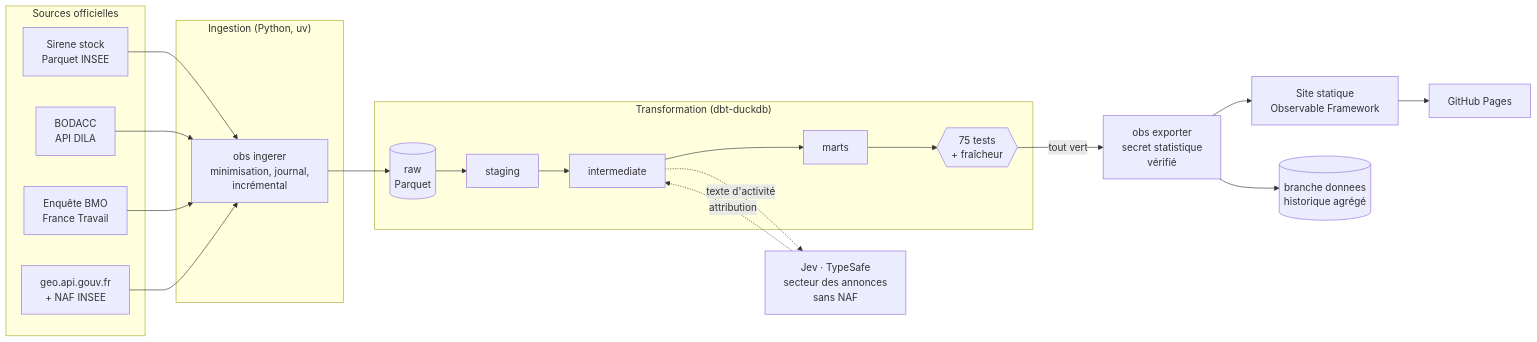
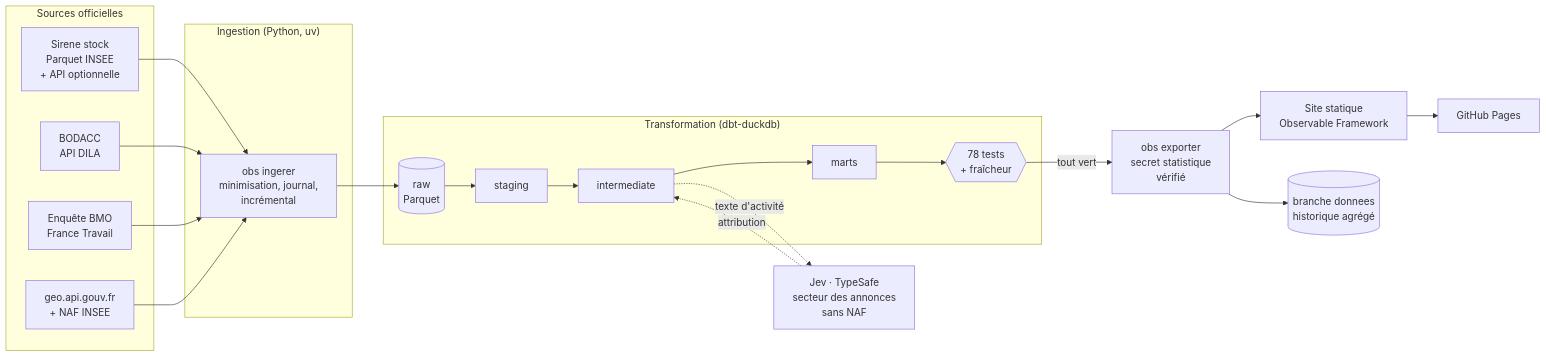
One commit to Alex6460064/observatoire-economique-pays-basque changed the diagram in README.md. Above: the diagram before and after it, drawn with Mermaid. The commit also changed other lines of this file and 12 other files, not shown here.

First line of the commit message:
feat(staging): fusion stock + API Sirene, l'API l'emportant

````diff
--- a/README.md
+++ b/README.md
@@ -38,27 +38,27 @@
 ```mermaid
 flowchart LR
   subgraph Sources officielles
-    S[Sirene stock<br/>Parquet INSEE]
+    S[Sirene stock<br/>Parquet INSEE<br/>+ API optionnelle]
     B[BODACC<br/>API DILA]
     M[Enquête BMO<br/>France Travail]
     G[geo.api.gouv.fr<br/>+ NAF INSEE]
   end
   subgraph "Ingestion (Python, uv)"
     I[obs ingerer<br/>minimisation, journal,<br/>incrémental]
   end
   subgraph "Transformation (dbt-duckdb)"
     R[(raw<br/>Parquet)] --> ST[staging] --> IN[intermediate] --> MA[marts]
-    T{{75 tests<br/>+ fraîcheur}}
+    T{{78 tests<br/>+ fraîcheur}}
   end
   J[Jev · TypeSafe<br/>secteur des annonces<br/>sans NAF]
   E[obs exporter<br/>secret statistique<br/>vérifié]
   W[Site statique<br/>Observable Framework]
   P[GitHub Pages]
   H[(branche donnees<br/>historique agrégé)]
 
   S & B & M & G --> I --> R
   MA --> T
   IN -. texte d'activité .-> J -. attribution .-> IN
   T -- tout vert --> E --> W --> P
   E --> H
 ```
````
